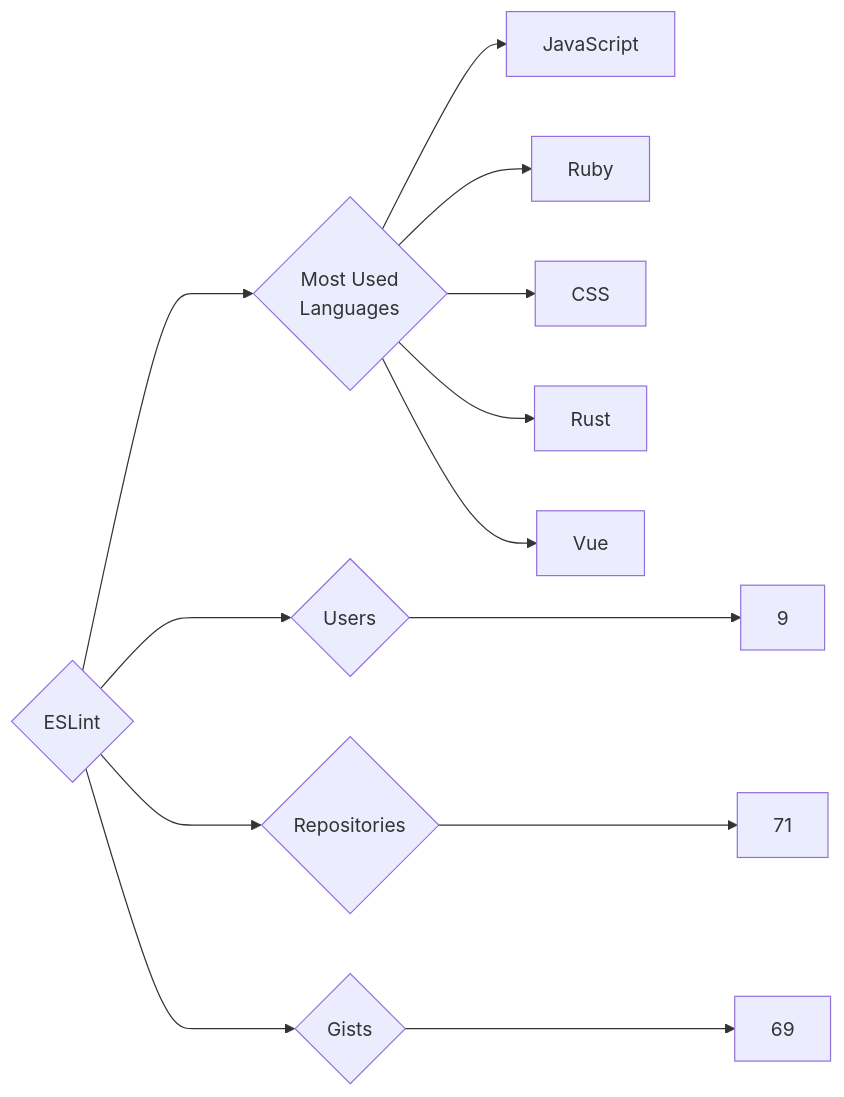
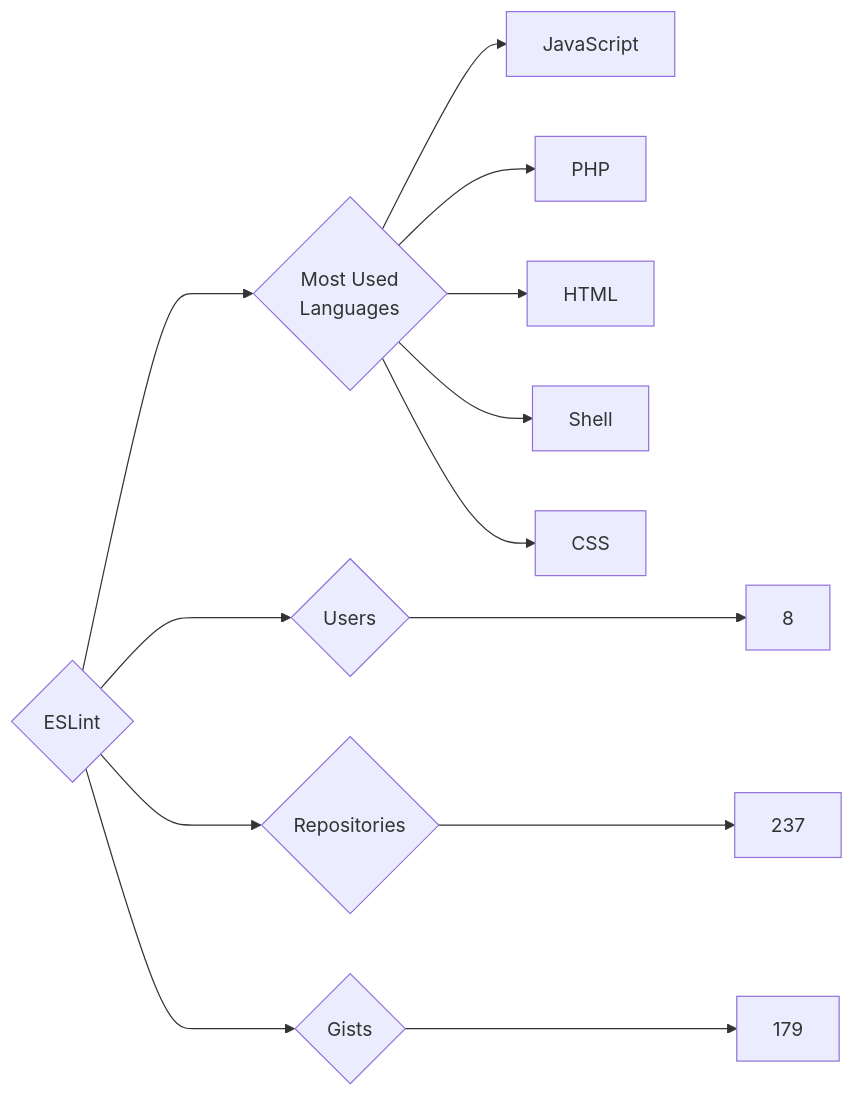
Before and after one commit to trickest/insiders: the diagram in targets/ESLint/README.md, drawn with Mermaid. The commit also changed 933 other files, not shown here.

````diff
--- a/targets/ESLint/README.md
+++ b/targets/ESLint/README.md
@@ -3,13 +3,13 @@
 ```mermaid
 graph LR
 COMPANY_NAME{ESLint}
-COMPANY_NAME ---> U{Users} ---> UN[9]
-COMPANY_NAME ---> R{Repositories} ---> RN[71]
-COMPANY_NAME ---> G{Gists} ---> GN[69]
+COMPANY_NAME ---> U{Users} ---> UN[8]
+COMPANY_NAME ---> R{Repositories} ---> RN[237]
+COMPANY_NAME ---> G{Gists} ---> GN[179]
 COMPANY_NAME ---> ML{Most Used<br>Languages}
 ML --> JavaScript[JavaScript]
-ML --> Ruby[Ruby]
+ML --> PHP[PHP]
+ML --> HTML[HTML]
+ML --> Shell[Shell]
 ML --> CSS[CSS]
-ML --> Rust[Rust]
-ML --> Vue[Vue]
 ```
````
